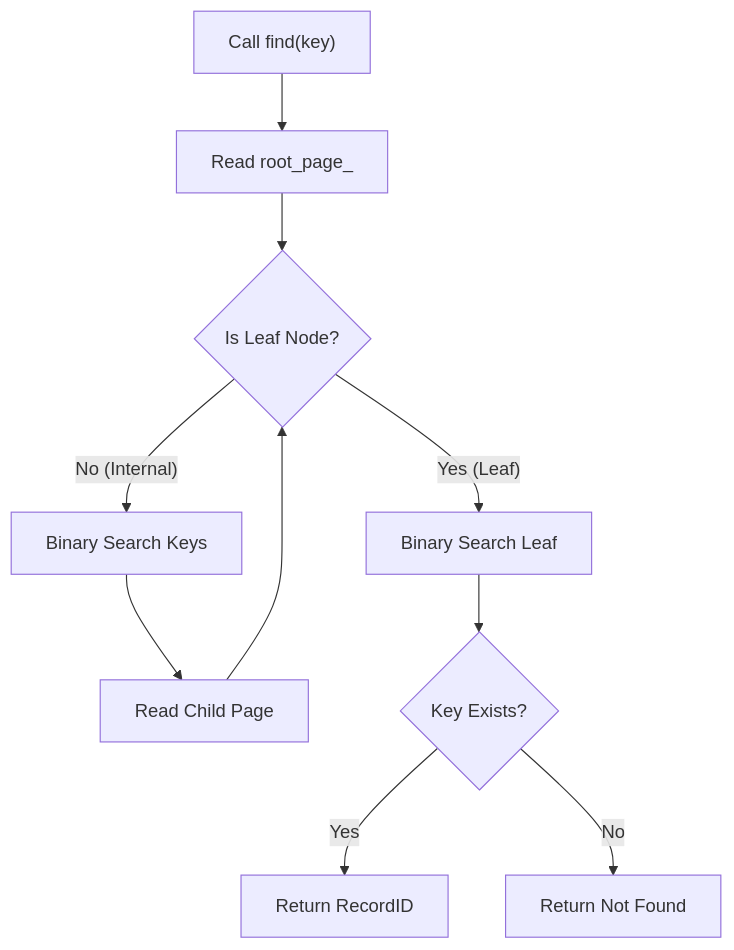
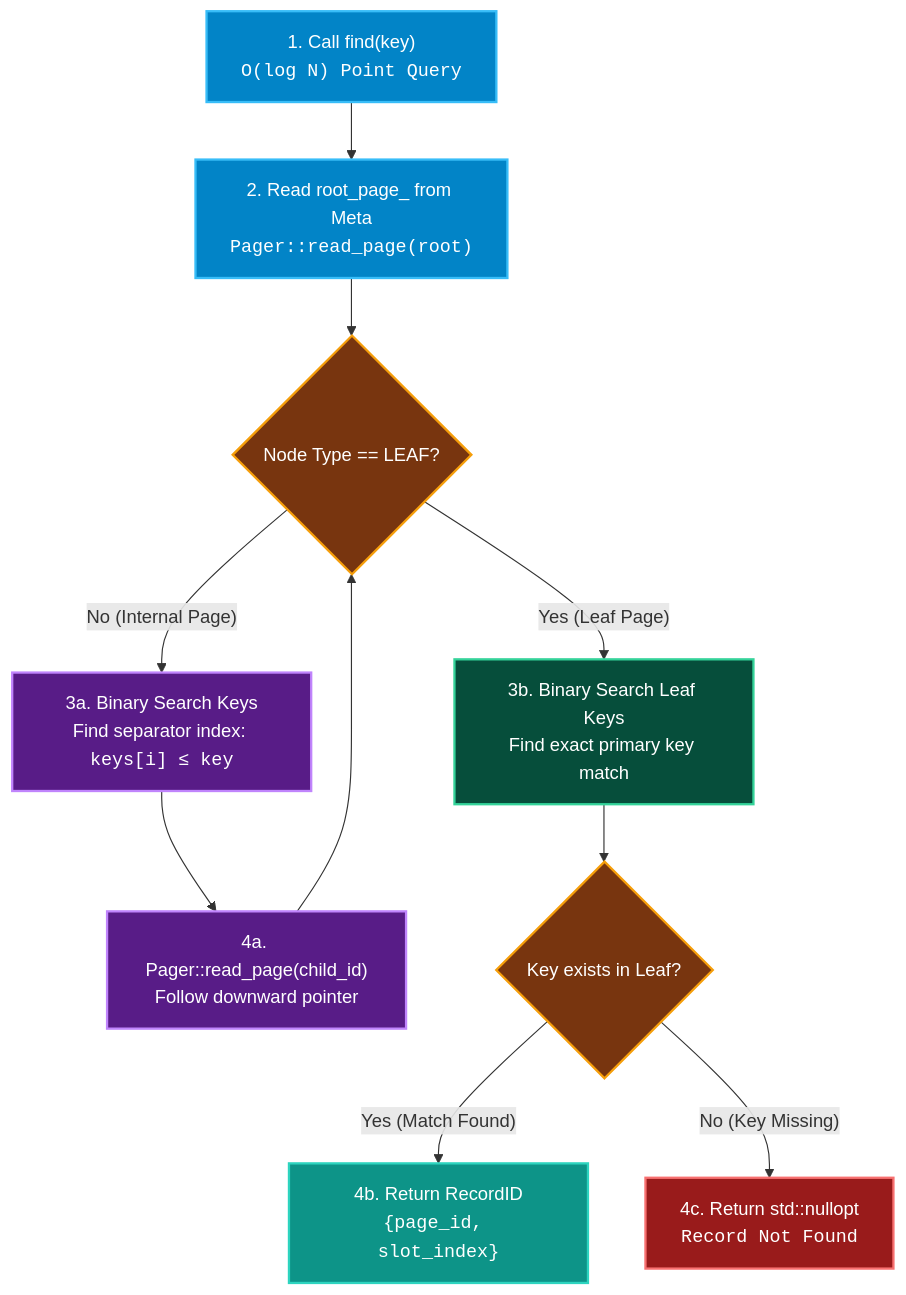
Before and after one commit to KAAZamapiloT/QUARTZ_DB: the second of 3 diagrams in docs/architecture/bplus-tree.md, drawn with Mermaid. The commit also changed 9 other files, not shown here.

````diff
--- a/docs/architecture/bplus-tree.md
+++ b/docs/architecture/bplus-tree.md
@@ -108,14 +108,21 @@
 ```mermaid
 flowchart TD
-    Start["Call find(key)"] --> ReadRoot["Read root_page_"]
-    ReadRoot --> CheckType{"Is Leaf Node?"}
+    classDef stepStart fill:#0284c7,stroke:#38bdf8,stroke-width:2px,color:#ffffff;
+    classDef stepCheck fill:#78350f,stroke:#f59e0b,stroke-width:2px,color:#ffffff;
+    classDef stepInternal fill:#581c87,stroke:#c084fc,stroke-width:2px,color:#ffffff;
+    classDef stepLeaf fill:#064e3b,stroke:#34d399,stroke-width:2px,color:#ffffff;
+    classDef stepSuccess fill:#0d9488,stroke:#2dd4bf,stroke-width:2px,color:#ffffff;
+    classDef stepFail fill:#991b1b,stroke:#f87171,stroke-width:2px,color:#ffffff;
+
+    Start["1. Call find(key)<br><code>O(log N) Point Query</code>"]:::stepStart --> ReadRoot["2. Read root_page_ from Meta<br><code>Pager::read_page(root)</code>"]:::stepStart
+    ReadRoot --> CheckType{"Node Type == LEAF?"}:::stepCheck
     
-    CheckType -- "No (Internal)" --> SearchInt["Binary Search Keys"]
-    SearchInt --> FetchChild["Read Child Page"]
+    CheckType -- "No (Internal Page)" --> SearchInt["3a. Binary Search Keys<br>Find separator index: <code>keys[i] &le; key</code>"]:::stepInternal
+    SearchInt --> FetchChild["4a. Pager::read_page(child_id)<br>Follow downward pointer"]:::stepInternal
     FetchChild --> CheckType
     
-    CheckType -- "Yes (Leaf)" --> SearchLeaf["Binary Search Leaf"]
-    SearchLeaf --> Found{"Key Exists?"}
-    Found -- "Yes" --> ReturnRID["Return RecordID"]
-    Found -- "No" --> ReturnNull["Return Not Found"]
+    CheckType -- "Yes (Leaf Page)" --> SearchLeaf["3b. Binary Search Leaf Keys<br>Find exact primary key match"]:::stepLeaf
+    SearchLeaf --> Found{"Key exists in Leaf?"}:::stepCheck
+    Found -- "Yes (Match Found)" --> ReturnRID["4b. Return RecordID<br><code>{page_id, slot_index}</code>"]:::stepSuccess
+    Found -- "No (Key Missing)" --> ReturnNull["4c. Return std::nullopt<br><code>Record Not Found</code>"]:::stepFail
 ```
````
